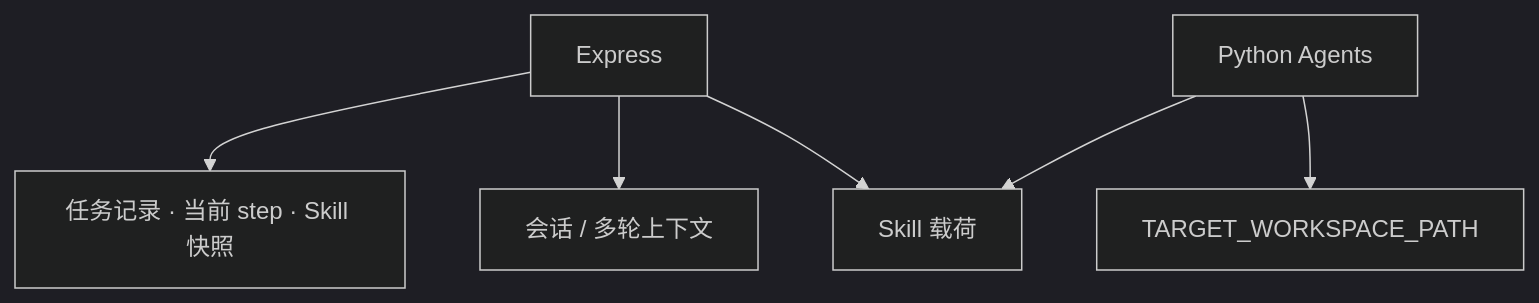
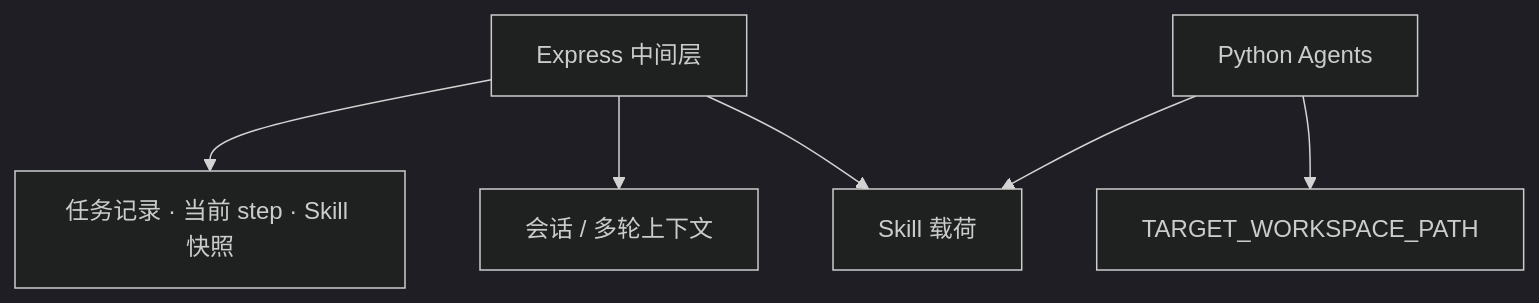
One commit to panzhanfei/agents-monorepo changed the fifth of 5 diagrams in README.md. Above: the diagram before and after it, drawn with Mermaid (dark theme). The commit also changed other lines of this file, not shown here.

````diff
--- a/README.md
+++ b/README.md
@@ -203,14 +203,14 @@
 ```mermaid
 flowchart TB
   TASK["任务记录 · 当前 step · Skill 快照"]
   SESS["会话 / 多轮上下文"]
   SK["Skill 载荷"]
   WS["TARGET_WORKSPACE_PATH"]
-  API["Express"]
-  PY["Python Agents"]
-  API --> TASK
-  API --> SESS
-  API --> SK
-  PY --> SK
-  PY --> WS
+  SRV["Express 中间层"]
+  AGT["Python Agents"]
+  SRV --> TASK
+  SRV --> SESS
+  SRV --> SK
+  AGT --> SK
+  AGT --> WS
 ```
````
